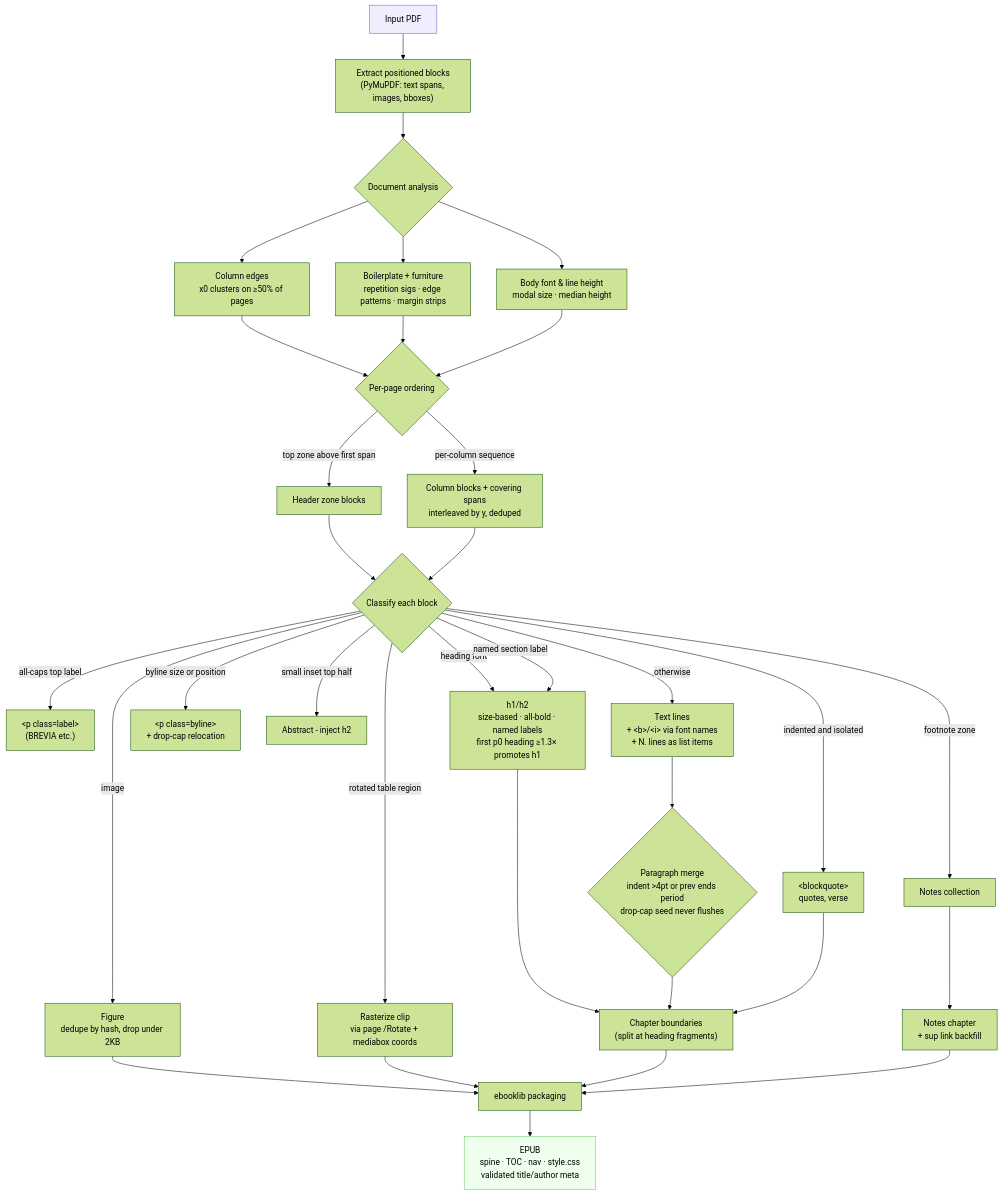
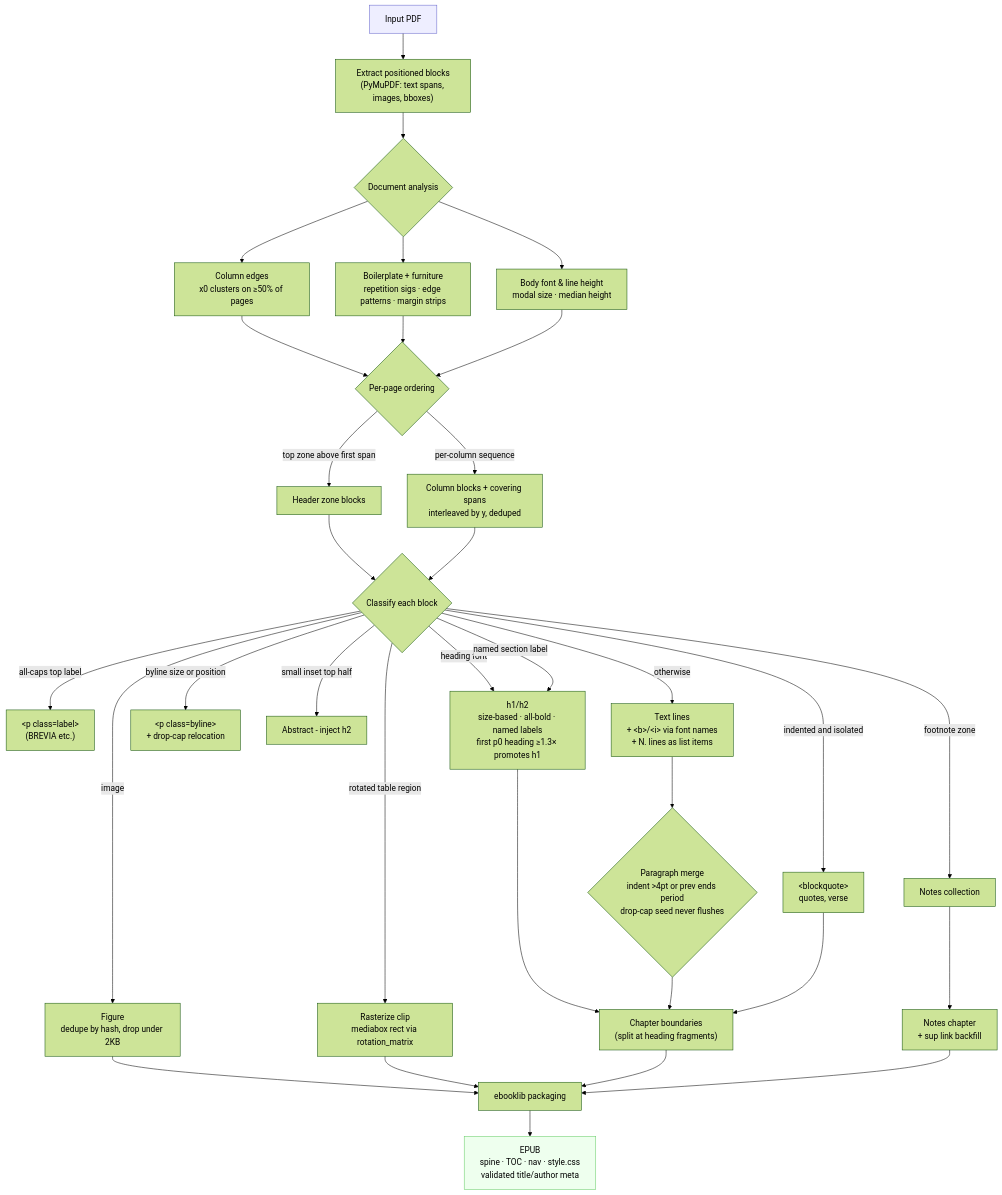
The diagram in docs/pipeline.md (adzkar/exegesis), drawn with Mermaid (forest theme) before and after one commit. The commit also changed other lines of this file and 1 other file, not shown here.

Commit message:
Docs: clip mapped mediabox to displayed space via page.rotation_matrix
Generated with [Devin](https://devin.ai)

````diff
--- a/docs/pipeline.md
+++ b/docs/pipeline.md
@@ -5,40 +5,40 @@
 ```mermaid
 flowchart TD
     A[Input PDF] --> B["Extract positioned blocks<br/>(PyMuPDF: text spans, images, bboxes)"]
     B --> C{Document analysis}
 
     C --> D["Column edges<br/>x0 clusters on ≥50% of pages"]
     C --> E["Boilerplate + furniture<br/>repetition sigs · edge patterns · margin strips"]
     C --> F["Body font &amp; line height<br/>modal size · median height"]
 
     D & E & F --> G{Per-page ordering}
     G -->|top zone above first span| H["Header zone blocks"]
     G -->|per-column sequence| I["Column blocks + covering spans<br/>interleaved by y, deduped"]
 
     H & I --> J{Classify each block}
 
     J -->|image| K["Figure<br/>dedupe by hash, drop under 2KB"]
     J -->|footnote zone| L["Notes collection"]
-    J -->|rotated table region| K2["Rasterize clip<br/>via page /Rotate + mediabox coords"]
+    J -->|rotated table region| K2["Rasterize clip<br/>mediabox rect via rotation_matrix"]
     J -->|all-caps top label| M["&lt;p class=label&gt;<br/>(BREVIA etc.)"]
     J -->|heading font| N["h1/h2<br/>size-based · all-bold · named labels<br/>first p0 heading ≥1.3× promotes h1"]
     J -->|named section label| N
     J -->|byline size or position| O["&lt;p class=byline&gt;<br/>+ drop-cap relocation"]
     J -->|small inset top half| P["Abstract - inject h2"]
     J -->|indented and isolated| Q2["&lt;blockquote&gt;<br/>quotes, verse"]
     J -->|otherwise| Q["Text lines<br/>+ &lt;b&gt;/&lt;i&gt; via font names<br/>+ N. lines as list items"]
 
     Q --> R{"Paragraph merge<br/>indent &gt;4pt or prev ends period<br/>drop-cap seed never flushes"}
     N --> S["Chapter boundaries<br/>(split at heading fragments)"]
     R --> S
     Q2 --> S
     L --> T["Notes chapter<br/>+ sup link backfill"]
     K --> U[ebooklib packaging]
     K2 --> U
     S --> U
     T --> U
     U --> V["EPUB<br/>spine · TOC · nav · style.css<br/>validated title/author meta"]
 
     style A fill:#eef,stroke:#66c
     style V fill:#efe,stroke:#6c6
 ```
````
